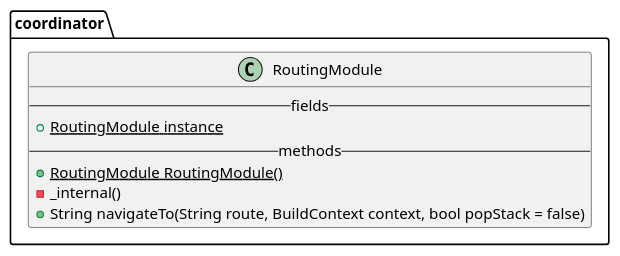
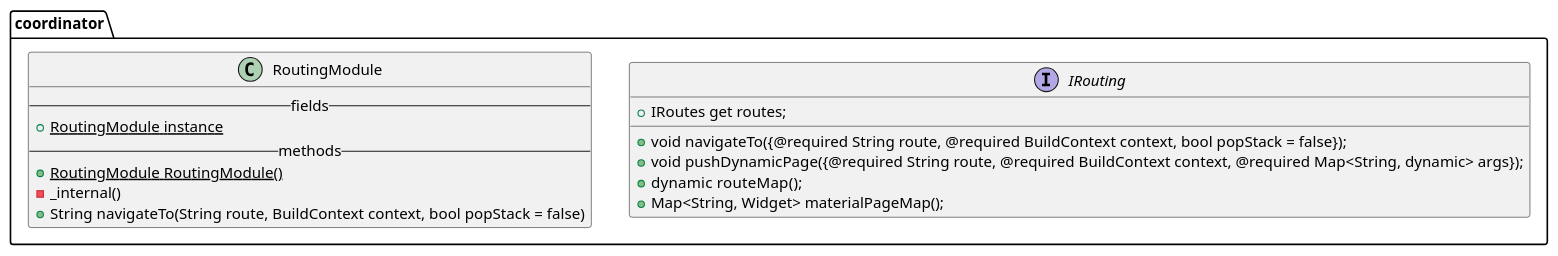
Before and after one commit to Partner-SHIP/partnership-app: the diagram in doc/diagrams/src/RoutingModule.md, drawn with PlantUML. The commit also changed 12 other files, not shown here.

Commit message:
PLANT UML UPDATE

````diff
--- a/doc/diagrams/src/RoutingModule.md
+++ b/doc/diagrams/src/RoutingModule.md
@@ -1,16 +1,25 @@
 ```plantuml
 @startuml RoutingModule
 
 package coordinator {
+
+    interface IRouting {
+         + void navigateTo({@required String route, @required BuildContext context, bool popStack = false});
+         + void pushDynamicPage({@required String route, @required BuildContext context, @required Map<String, dynamic> args});
+         + dynamic  routeMap();
+         + Map<String, Widget> materialPageMap();
+         + IRoutes get routes;
+    }
+    
     class RoutingModule {
         --fields--
         {static} + RoutingModule instance
         --methods--
         {static} + RoutingModule RoutingModule()
         - _internal()
         + String navigateTo(String route, BuildContext context, bool popStack = false)
     }
 }
 
 @enduml
 ```
````
